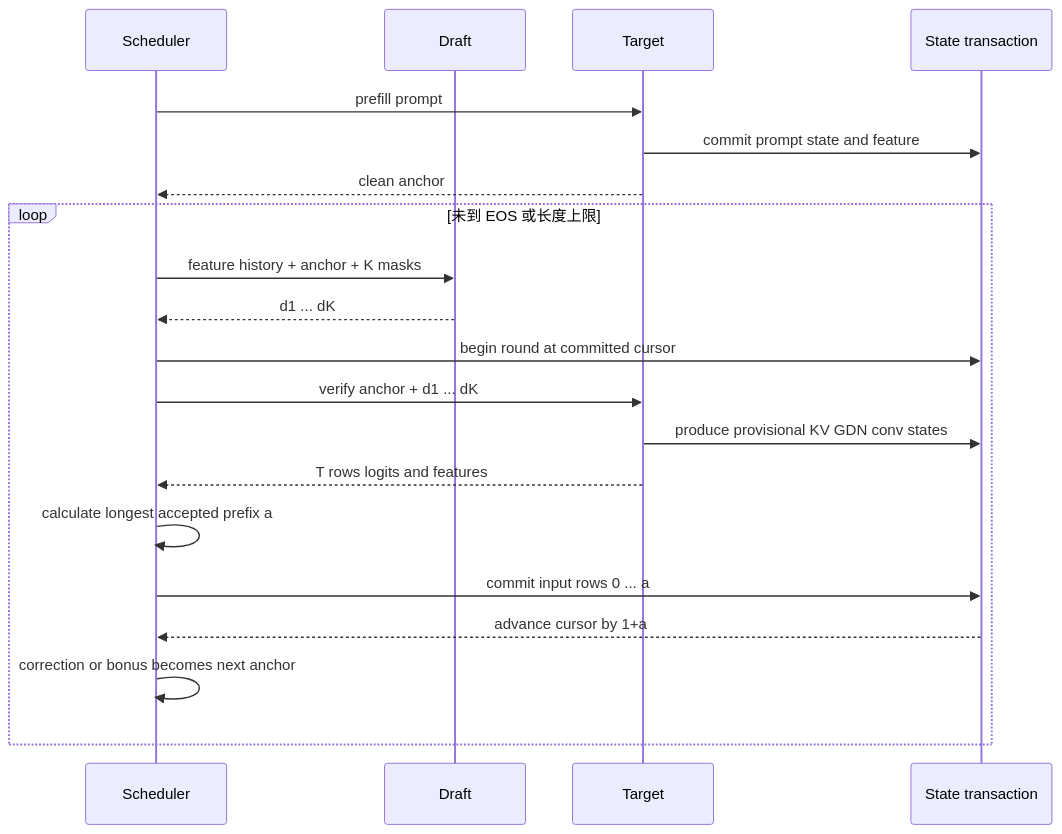
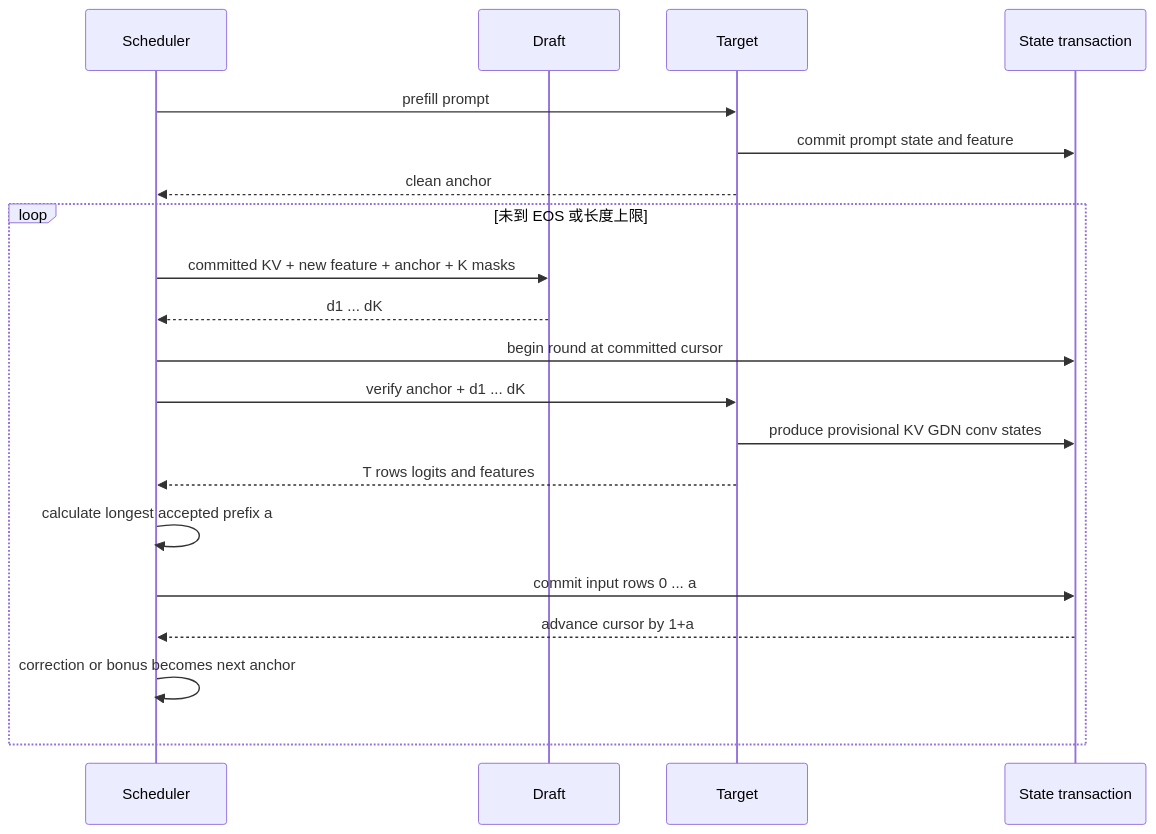
The second of 2 diagrams in docs/DFLASH_ARCHITECTURE.md (day8reak/qwen3.5-4B-dflash), drawn with Mermaid before and after one commit. The commit also changed other lines of this file and 18 other files, not shown here.

```diff
--- a/docs/DFLASH_ARCHITECTURE.md
+++ b/docs/DFLASH_ARCHITECTURE.md
@@ -190,24 +210,24 @@
 ~~~mermaid
 sequenceDiagram
     participant S as Scheduler
     participant D as Draft
     participant T as Target
     participant X as State transaction
 
     S->>T: prefill prompt
     T->>X: commit prompt state and feature
     T-->>S: clean anchor
 
     loop 未到 EOS 或长度上限
-        S->>D: feature history + anchor + K masks
+        S->>D: committed KV + new feature + anchor + K masks
         D-->>S: d1 ... dK
         S->>X: begin round at committed cursor
         S->>T: verify anchor + d1 ... dK
         T->>X: produce provisional KV GDN conv states
         T-->>S: T rows logits and features
         S->>S: calculate longest accepted prefix a
         S->>X: commit input rows 0 ... a
         X-->>S: advance cursor by 1+a
         S->>S: correction or bonus becomes next anchor
     end
 ~~~
```
